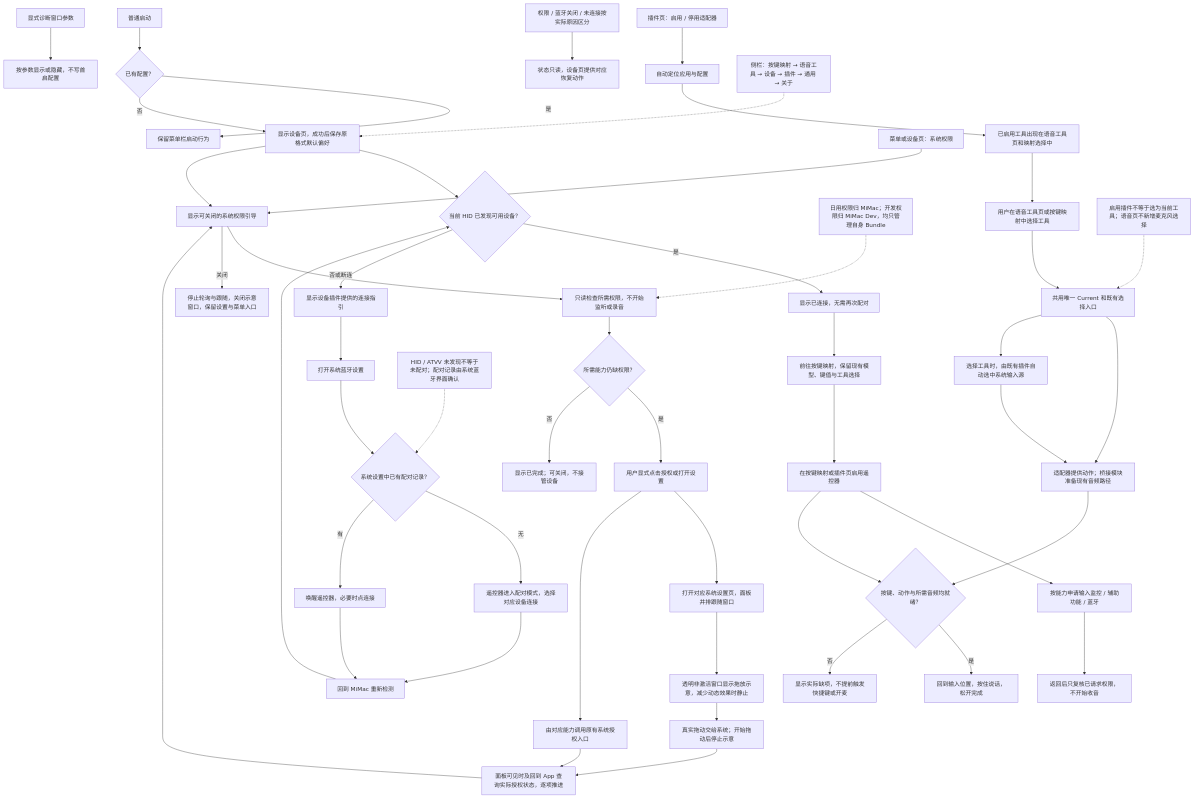
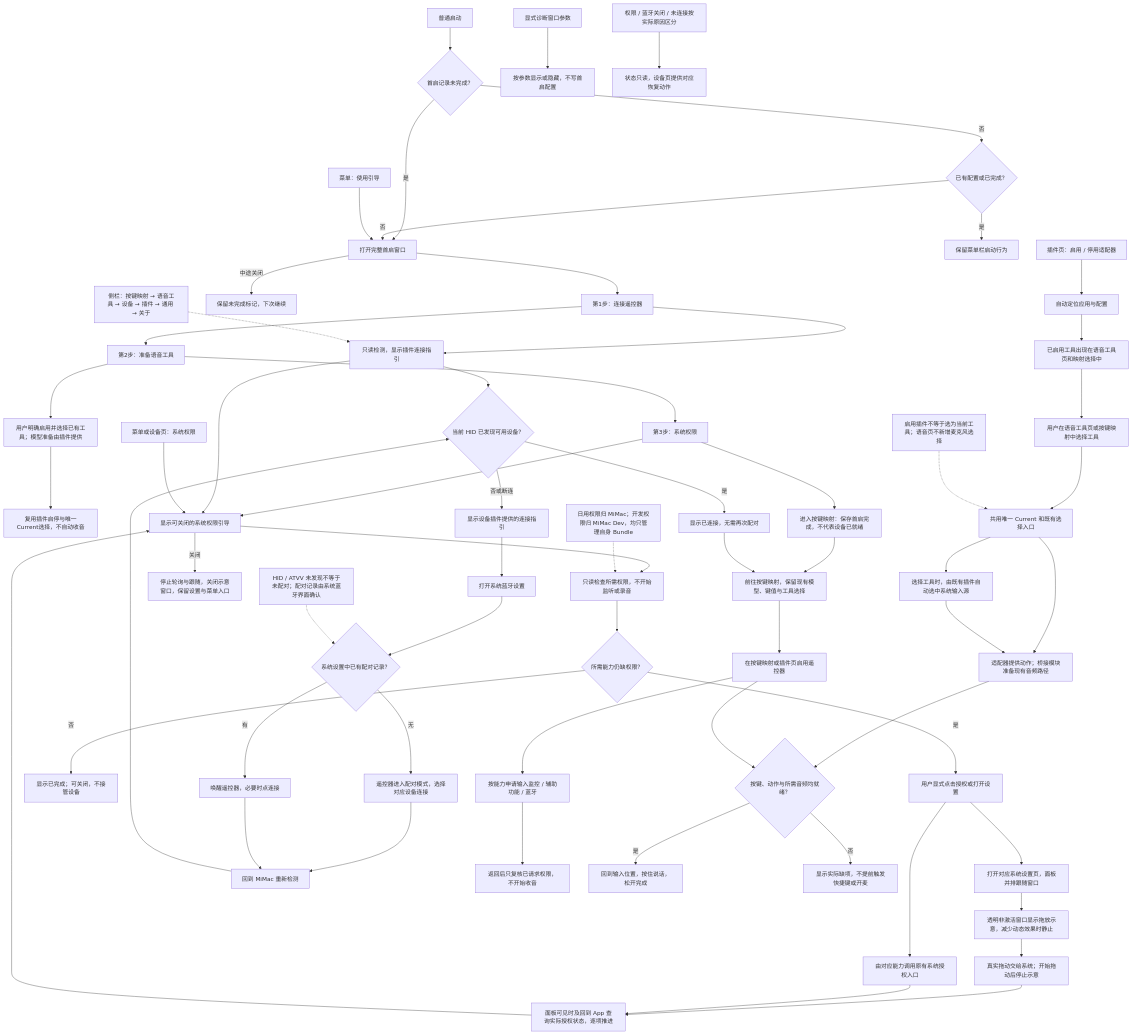
Before and after one commit to daftAI2026/MiMac: the diagram in tools/workbench/diagrams/first-use-setup.mmd, drawn with Mermaid. The commit also changed 13 other files, not shown here.

```diff
--- a/tools/workbench/diagrams/first-use-setup.mmd
+++ b/tools/workbench/diagrams/first-use-setup.mmd
@@ -1,50 +1,63 @@
 flowchart TD
-    launch["普通启动"] --> known{"已有配置？"}
+    launch["普通启动"] --> resume{"首启记录未完成？"}
+    resume -->|是| onboarding["打开完整首启窗口"]
+    resume -->|否| known{"已有配置或已完成？"}
     known -->|是| tray["保留菜单栏启动行为"]
-    known -->|否| device["显示设备页，成功后保存原格式默认偏好"]
+    known -->|否| onboarding
+    reopenJourney["菜单：使用引导"] --> onboarding
+    onboarding --> deviceStep["第1步：连接遥控器"]
+    deviceStep --> device["只读检测，显示插件连接指引"]
+    deviceStep --> toolStep["第2步：准备语音工具"]
+    toolStep --> explicitChoice["用户明确启用并选择已有工具；模型准备由插件提供"]
+    explicitChoice --> originalSelection["复用插件启停与唯一Current选择，不自动收音"]
+    toolStep --> permissionStep["第3步：系统权限"]
+    permissionStep --> permissionGuide["显式打开可关闭的系统权限引导"]
+    permissionStep --> finish["进入按键映射：保存首启完成，不代表设备已就绪"]
+    finish --> mappings
+    onboarding -->|中途关闭| pending["保留未完成标记，下次继续"]
     explicit["显式诊断窗口参数"] --> override["按参数显示或隐藏，不写首启配置"]
     device --> detected{"当前 HID 已发现可用设备？"}
     device --> permissionGuide["显示可关闭的系统权限引导"]
     reopen["菜单或设备页：系统权限"] --> permissionGuide
     permissionGuide --> inspect["只读检查所需权限，不开始监听或录音"]
     inspect --> missing{"所需能力仍缺权限？"}
     missing -->|是| grantAction["用户显式点击授权或打开设置"]
     grantAction --> settings["打开对应系统设置页，面板并排跟随窗口"]
     settings --> illustration["透明非激活窗口显示拖放示意，减少动态效果时静止"]
     illustration --> drag["真实拖动交给系统；开始拖动后停止示意"]
     drag --> guideRefresh
     missing -->|否| complete["显示已完成；可关闭，不接管设备"]
     grantAction --> nativeGrant["由对应能力调用原有系统授权入口"]
     nativeGrant --> guideRefresh["面板可见时及回到 App 查询实际授权状态，逐项推进"]
     guideRefresh --> permissionGuide
     identity["日用权限归 MiMac；开发权限归 MiMac Dev，均只管理自身 Bundle"] -.-> inspect
     permissionGuide -->|关闭| keepSettings["停止轮询与跟随，关闭示意窗口，保留设置与菜单入口"]
     detected -->|是| connected["显示已连接，无需再次配对"]
     connected --> mappings["前往按键映射，保留现有模型、键值与工具选择"]
     mappings --> enable
     detected -->|否或断连| help["显示设备插件提供的连接指引"]
     help --> pair["打开系统蓝牙设置"]
     pair --> saved{"系统设置中已有配对记录？"}
     saved -->|无| pairing["遥控器进入配对模式，选择对应设备连接"]
     saved -->|有| reconnect["唤醒遥控器，必要时点连接"]
     pairing --> recheck["回到 MiMac 重新检测"]
     reconnect --> recheck
     recheck --> detected
     evidence["HID / ATVV 未发现不等于未配对；配对记录由系统蓝牙界面确认"] -.-> saved
     enable["在按键映射或插件页启用遥控器"]
     enable --> grants["按能力申请输入监控 / 辅助功能 / 蓝牙"]
     grants --> returnApp["返回后只复核已请求权限，不开始收音"]
     plugins["插件页：启用 / 停用适配器"] --> discovery["自动定位应用与配置"]
     discovery --> available["已启用工具出现在语音工具页和映射选择中"]
     available --> choose["用户在语音工具页或按键映射中选择工具"]
     choose --> current["共用唯一 Current 和既有选择入口"]
     current --> resolve["适配器提供动作；桥接模块准备现有音频路径"]
     current --> selectSource["选择工具时，由既有插件自动选中系统输入源"]
     selectSource --> resolve
     resolve --> ready{"按键、动作与所需音频均就绪？"}
     enable --> ready
     ready -->|是| action["回到输入位置，按住说话，松开完成"]
     ready -->|否| status["显示实际缺项，不提前触发快捷键或开麦"]
     separate["启用插件不等于选为当前工具；语音页不新增麦克风选择"] -.-> current
     failures["权限 / 蓝牙关闭 / 未连接按实际原因区分"] --> next["状态只读，设备页提供对应恢复动作"]
     navigation["侧栏：按键映射 → 语音工具 → 设备 → 插件 → 通用 → 关于"] -.-> device
```
